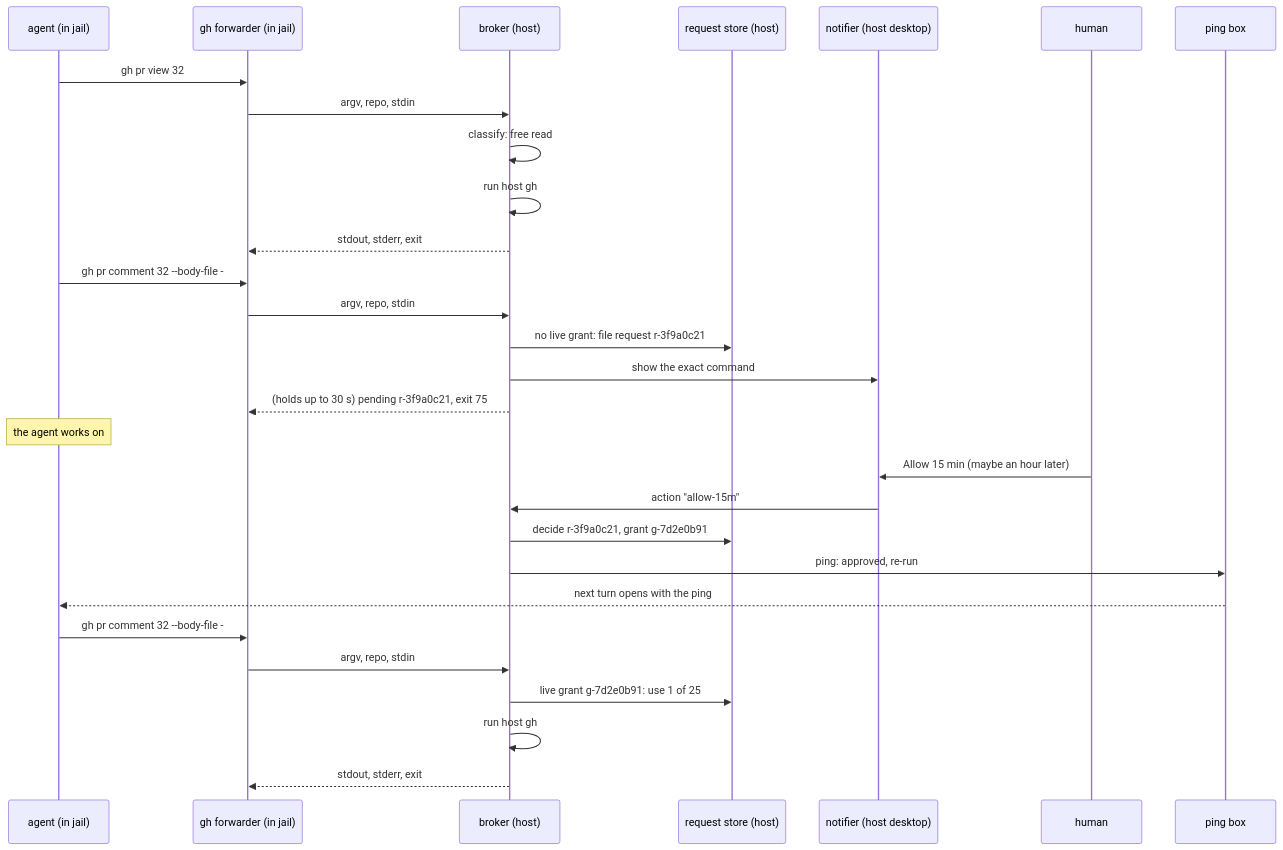
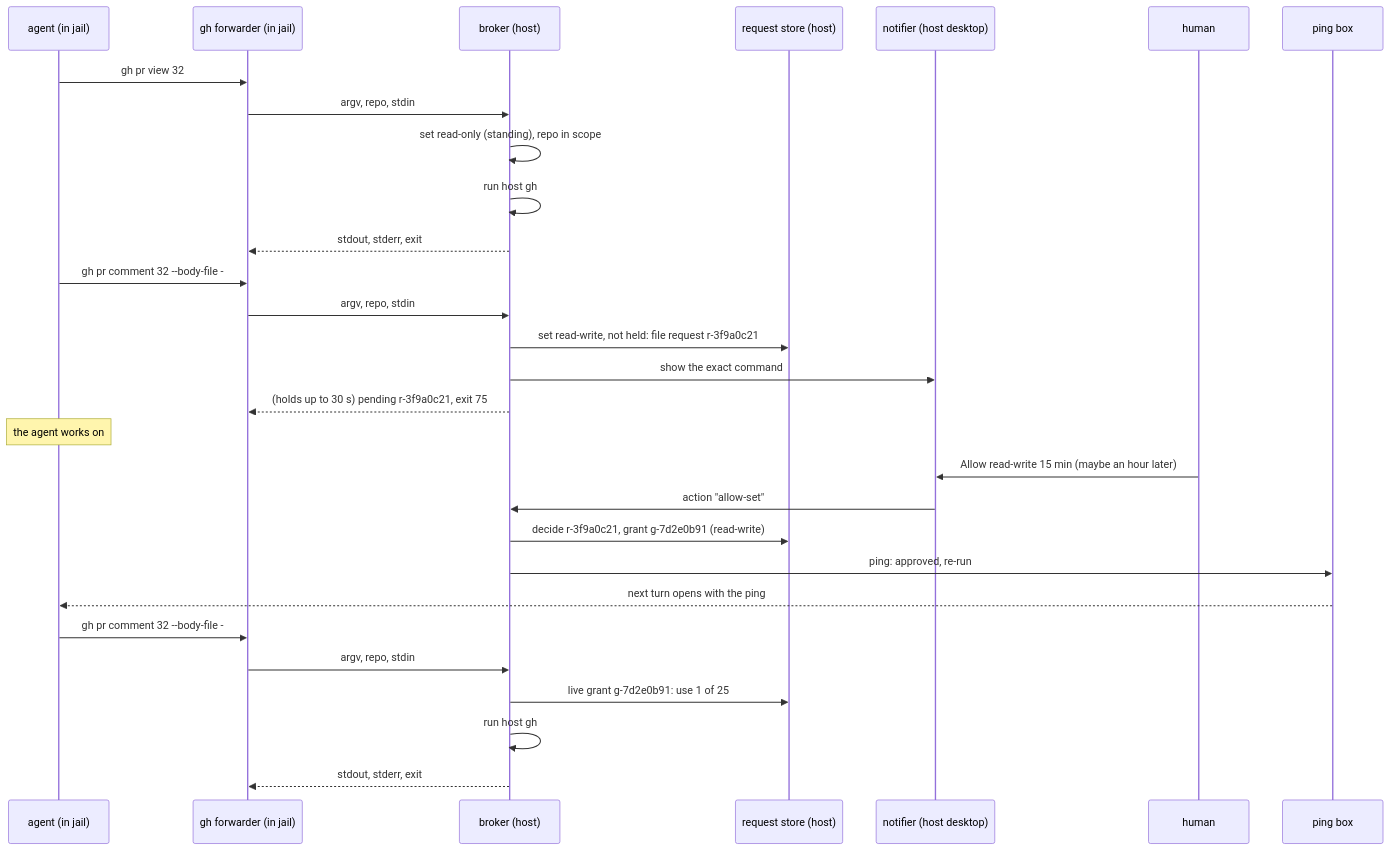
The diagram in docs/design/boundary-broker.md (mschulkind-oss/yolo-jail), drawn with Mermaid before and after one commit. The commit also changed other lines of this file, not shown here.

````diff
--- a/docs/design/boundary-broker.md
+++ b/docs/design/boundary-broker.md
@@ -176,31 +214,31 @@
 ```mermaid
 sequenceDiagram
   participant A as agent (in jail)
   participant F as gh forwarder (in jail)
   participant B as broker (host)
   participant S as request store (host)
   participant N as notifier (host desktop)
   participant H as human
   participant P as ping box
   A->>F: gh pr view 32
   F->>B: argv, repo, stdin
-  B->>B: classify: free read
+  B->>B: set read-only (standing), repo in scope
   B->>B: run host gh
   B-->>F: stdout, stderr, exit
   A->>F: gh pr comment 32 --body-file -
   F->>B: argv, repo, stdin
-  B->>S: no live grant: file request r-3f9a0c21
+  B->>S: set read-write, not held: file request r-3f9a0c21
   B->>N: show the exact command
   B-->>F: (holds up to 30 s) pending r-3f9a0c21, exit 75
   Note over A: the agent works on
-  H->>N: Allow 15 min (maybe an hour later)
-  N->>B: action "allow-15m"
-  B->>S: decide r-3f9a0c21, grant g-7d2e0b91
+  H->>N: Allow read-write 15 min (maybe an hour later)
+  N->>B: action "allow-set"
+  B->>S: decide r-3f9a0c21, grant g-7d2e0b91 (read-write)
   B->>P: ping: approved, re-run
   P-->>A: next turn opens with the ping
   A->>F: gh pr comment 32 --body-file -
   F->>B: argv, repo, stdin
   B->>S: live grant g-7d2e0b91: use 1 of 25
   B->>B: run host gh
   B-->>F: stdout, stderr, exit
 ```
````
